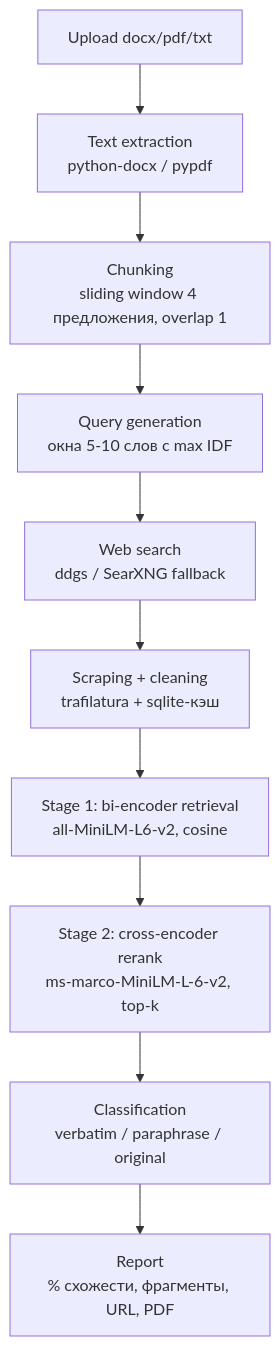
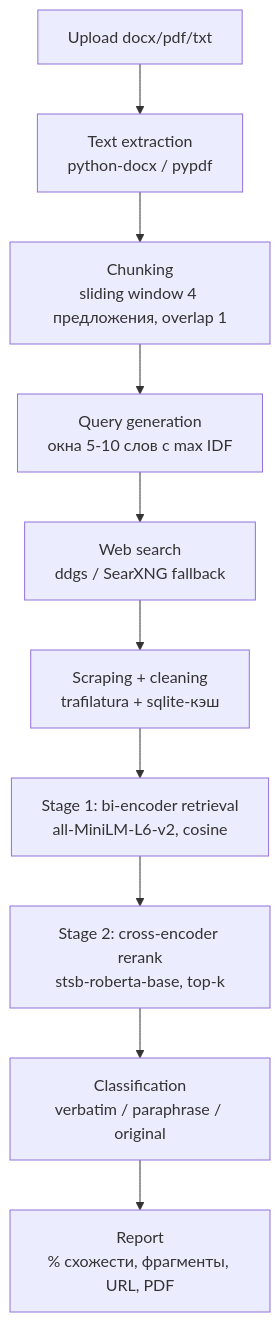
One commit to Ilyat9/semantic-plagiarism-detector changed the diagram in README.md. Above: the diagram before and after it, drawn with Mermaid. The commit also changed other lines of this file, not shown here.

````diff
--- a/README.md
+++ b/README.md
@@ -16,12 +16,12 @@
 ```mermaid
 flowchart TD
     A[Upload docx/pdf/txt] --> B[Text extraction<br/>python-docx / pypdf]
     B --> C[Chunking<br/>sliding window 4 предложения, overlap 1]
     C --> D[Query generation<br/>окна 5-10 слов с max IDF]
     D --> E[Web search<br/>ddgs / SearXNG fallback]
     E --> F[Scraping + cleaning<br/>trafilatura + sqlite-кэш]
     F --> G[Stage 1: bi-encoder retrieval<br/>all-MiniLM-L6-v2, cosine]
-    G --> H[Stage 2: cross-encoder rerank<br/>ms-marco-MiniLM-L-6-v2, top-k]
+    G --> H[Stage 2: cross-encoder rerank<br/>stsb-roberta-base, top-k]
     H --> I[Classification<br/>verbatim / paraphrase / original]
     I --> J[Report<br/>% схожести, фрагменты, URL, PDF]
 ```
````
